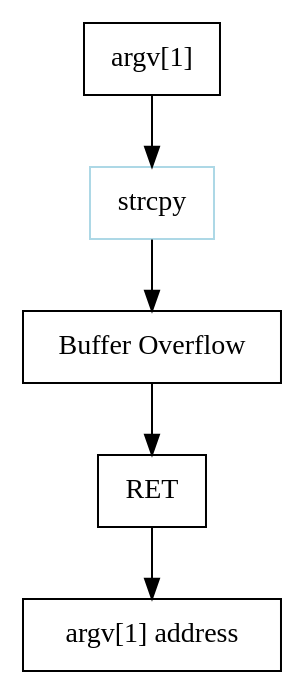
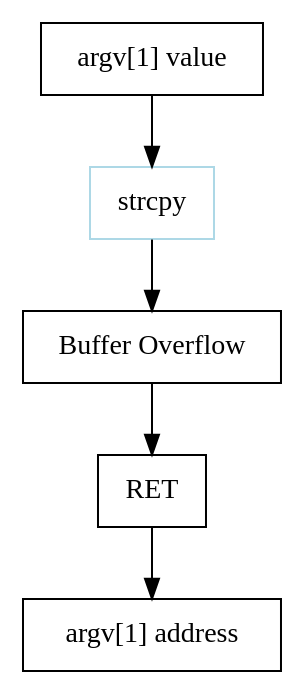
One commit to joizel/ctf_writeup changed the diagram in docs/wargame/pwnable/lob6.rst. Above: the diagram before and after it, drawn with Graphviz. The commit also changed other lines of this file and 11 other files, not shown here.

```diff
--- a/docs/wargame/pwnable/lob6.rst
+++ b/docs/wargame/pwnable/lob6.rst
@@ -6,11 +6,11 @@
 .. graphviz::
 
     digraph foo {
         a -> b -> c -> d -> e;
 
-        a [shape=box, label="argv[1]"];
+        a [shape=box, label="argv[1] value"];
         b [shape=box, color=lightblue, label="strcpy"];
         c [shape=box, label="Buffer Overflow"];
         d [shape=box, label="RET"];
         e [shape=box, label="argv[1] address"];
     }
```
